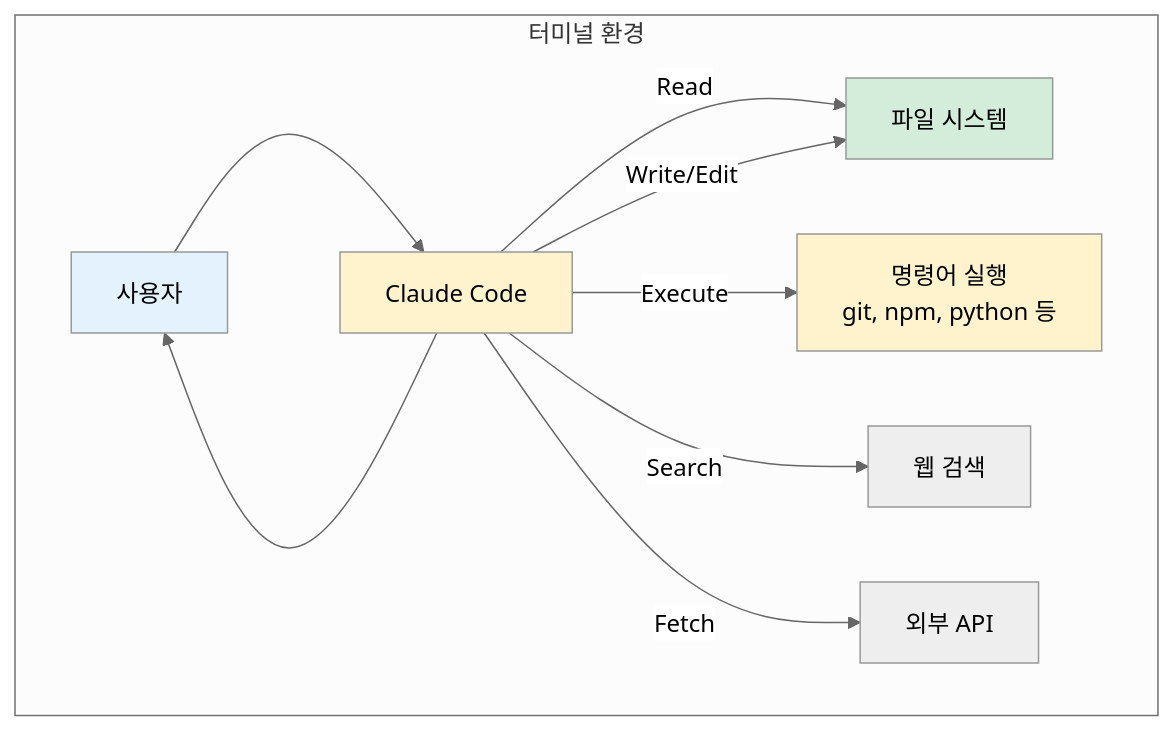
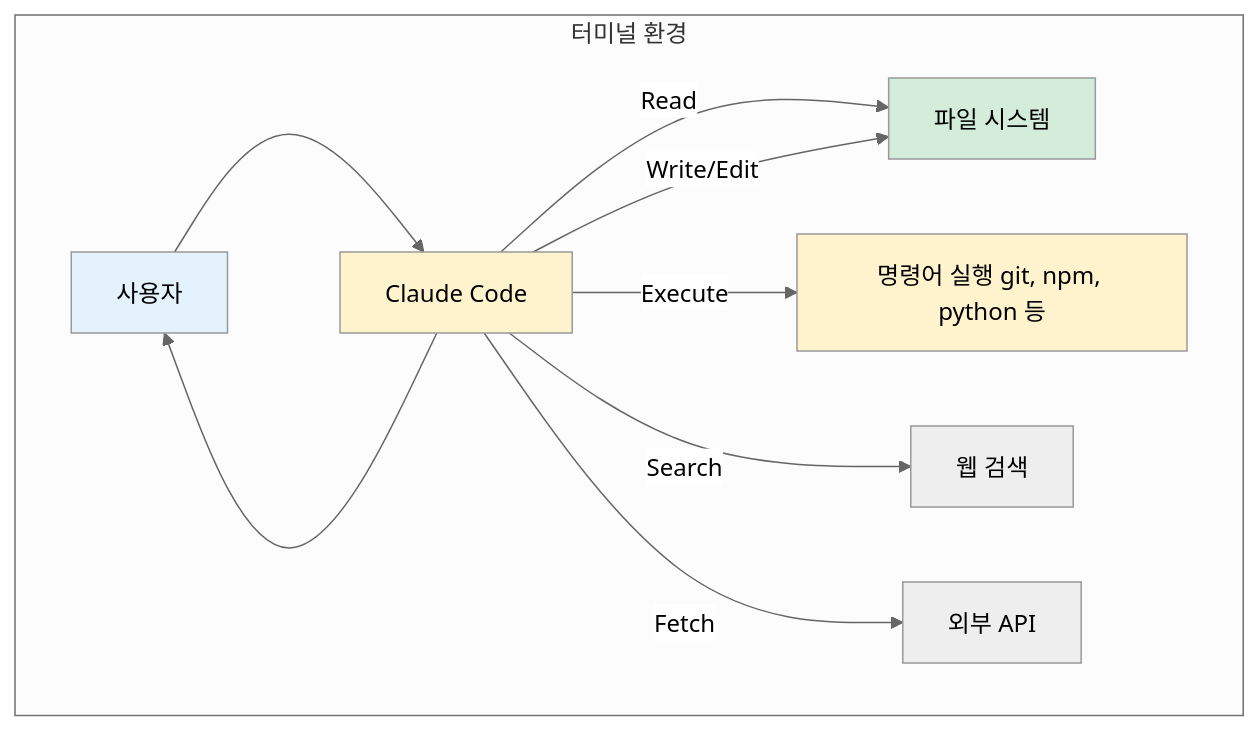
The second of 6 diagrams in appendix-a/A01.md (Kanghyeop/pages-book-agent101), drawn with Mermaid (neutral theme) before and after one commit. The commit also changed 48 other files, not shown here.

First line of the commit message:
fix: Mermaid 렌더링 + SVG 경로 수정

````diff
--- a/appendix-a/A01.md
+++ b/appendix-a/A01.md
@@ -81,17 +81,17 @@
 ```mermaid
 flowchart TB
     subgraph Terminal["터미널 환경"]
         User[사용자] --> CC[Claude Code]
         CC --> User
         CC -->|Read| FS[파일 시스템]
         CC -->|Write/Edit| FS
-        CC -->|Execute| CMD["명령어 실행<br/>git, npm, python 등"]
+        CC -->|Execute| CMD["명령어 실행 git, npm, python 등"]
         CC -->|Search| Web[웹 검색]
         CC -->|Fetch| API[외부 API]
     end
 
     style User fill:#E3F2FD
     style CC fill:#FFF3CD
     style FS fill:#D4EDDA
     style CMD fill:#FFF3CD
 ```
````
